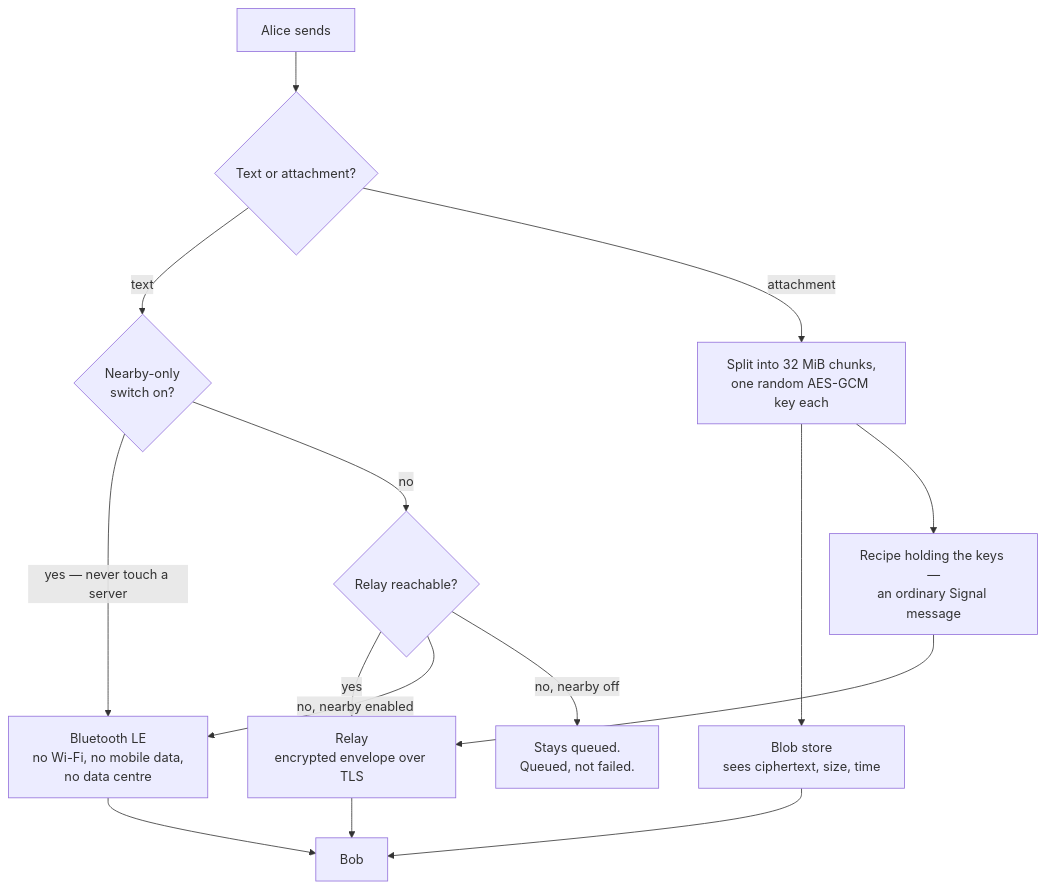
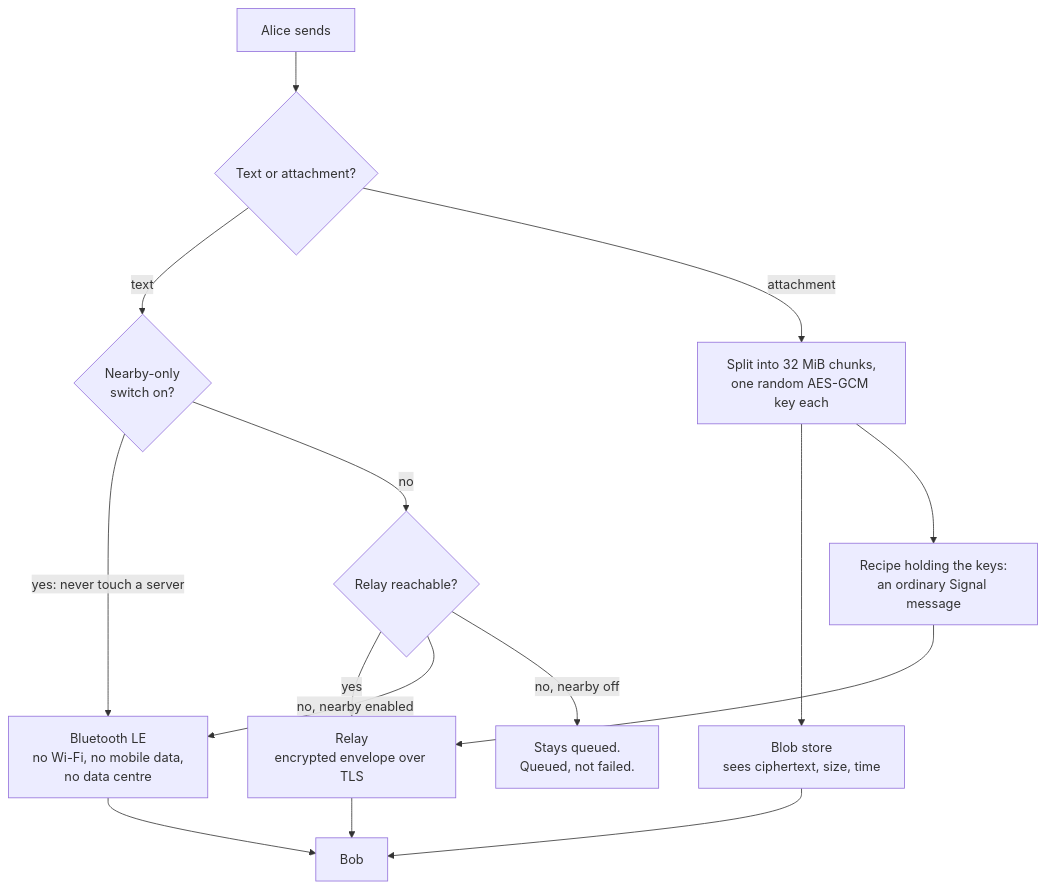
One commit to Henner4746/BitDM changed the diagram in README.md. Above: the diagram before and after it, drawn with Mermaid. The commit also changed other lines of this file and 8 other files, not shown here.

````diff
--- a/README.md
+++ b/README.md
@@ -51,20 +53,20 @@
 ```mermaid
 flowchart TD
     M["Alice sends"] --> T{"Text or attachment?"}
 
     T -->|text| P{"Nearby-only<br/>switch on?"}
-    P -->|"yes — never touch a server"| BLE["Bluetooth LE<br/>no Wi-Fi, no mobile data,<br/>no data centre"]
+    P -->|"yes: never touch a server"| BLE["Bluetooth LE<br/>no Wi-Fi, no mobile data,<br/>no data centre"]
     P -->|no| RCH{"Relay reachable?"}
     RCH -->|yes| RLY["Relay<br/>encrypted envelope over TLS"]
     RCH -->|"no, nearby enabled"| BLE
     RCH -->|"no, nearby off"| WAIT["Stays queued.<br/>Queued, not failed."]
 
     T -->|attachment| SPLIT["Split into 32 MiB chunks,<br/>one random AES-GCM key each"]
     SPLIT --> BLOB["Blob store<br/>sees ciphertext, size, time"]
-    SPLIT --> RCP["Recipe holding the keys —<br/>an ordinary Signal message"]
+    SPLIT --> RCP["Recipe holding the keys:<br/>an ordinary Signal message"]
     RCP --> RLY
 
     RLY --> BOB["Bob"]
     BLE --> BOB
     BLOB --> BOB
 ```
````
